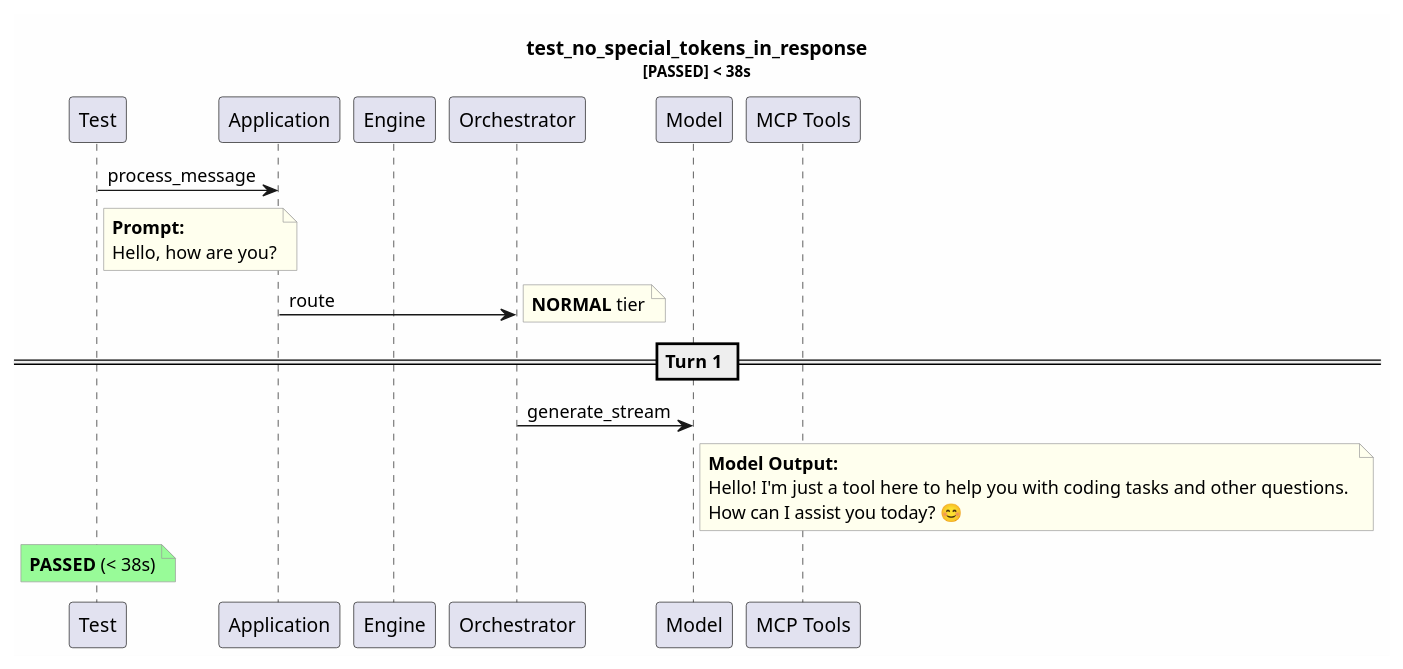
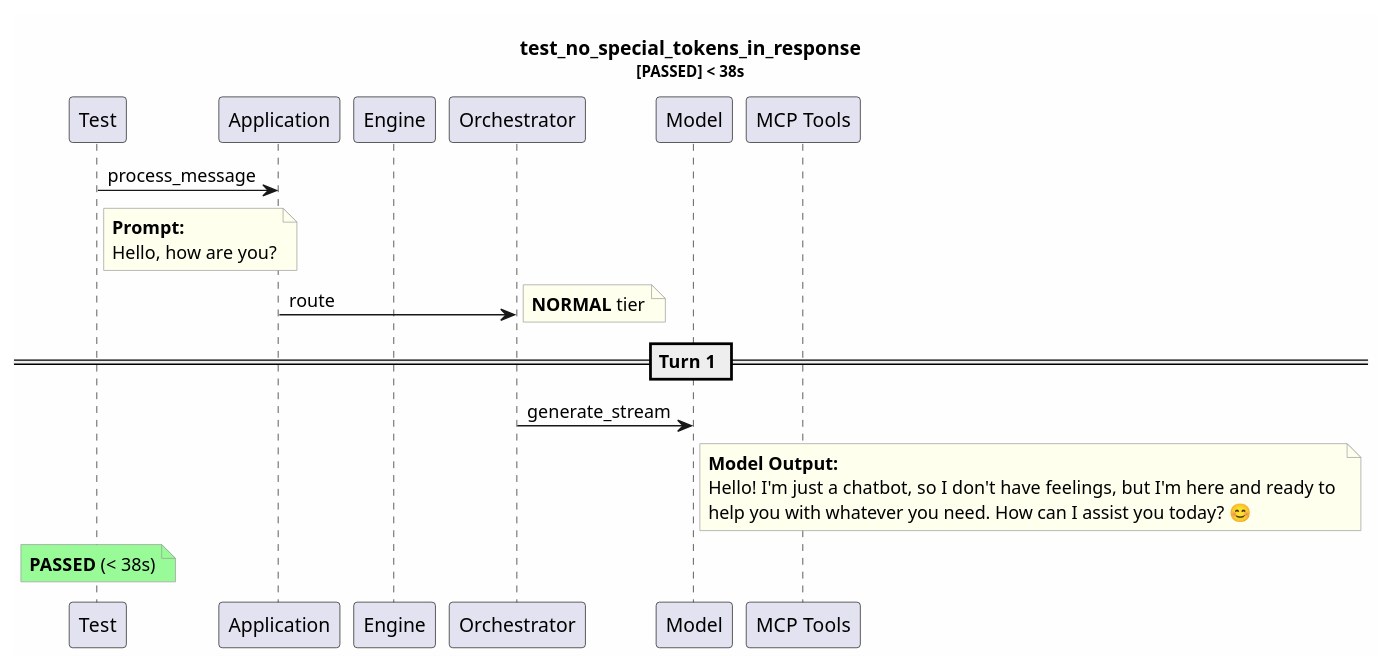
Before and after one commit to tvanfossen/entropic: the diagram in test-reports/logs/test_no_special_tokens_in_response/test_no_special_tokens_in_response.puml, drawn with PlantUML. The commit also changed 21 other files, not shown here.

```diff
--- a/test-reports/logs/test_no_special_tokens_in_response/test_no_special_tokens_in_response.puml
+++ b/test-reports/logs/test_no_special_tokens_in_response/test_no_special_tokens_in_response.puml
@@ -1,32 +1,32 @@
 @startuml
 skinparam backgroundColor #FEFEFE
 skinparam noteBorderColor #999999
 skinparam noteBackgroundColor #FFFFEE
 title test_no_special_tokens_in_response\n<size:11>[PASSED] < 38s</size>
 
 participant "Test" as T
 participant "Application" as App
 participant "Engine" as Eng
 participant "Orchestrator" as Orch
 participant "Model" as Mdl
 participant "MCP Tools" as MCP
 
 T -> App: process_message
 note right of T
   **Prompt:**
   Hello, how are you?
 end note
 App -> Orch: route
 note right: **NORMAL** tier
 == Turn 1 ==
 Orch -> Mdl: generate_stream
 note right of Mdl
   **Model Output:**
-  Hello! I'm just a tool here to help you with coding tasks and other questions. 
-  How can I assist you today? 😊
+  Hello! I'm just a chatbot, so I don't have feelings, but I'm here and ready to 
+  help you with whatever you need. How can I assist you today? 😊
 end note
 note over T #palegreen
   **PASSED** (< 38s)
 end note
 
 @enduml
```
